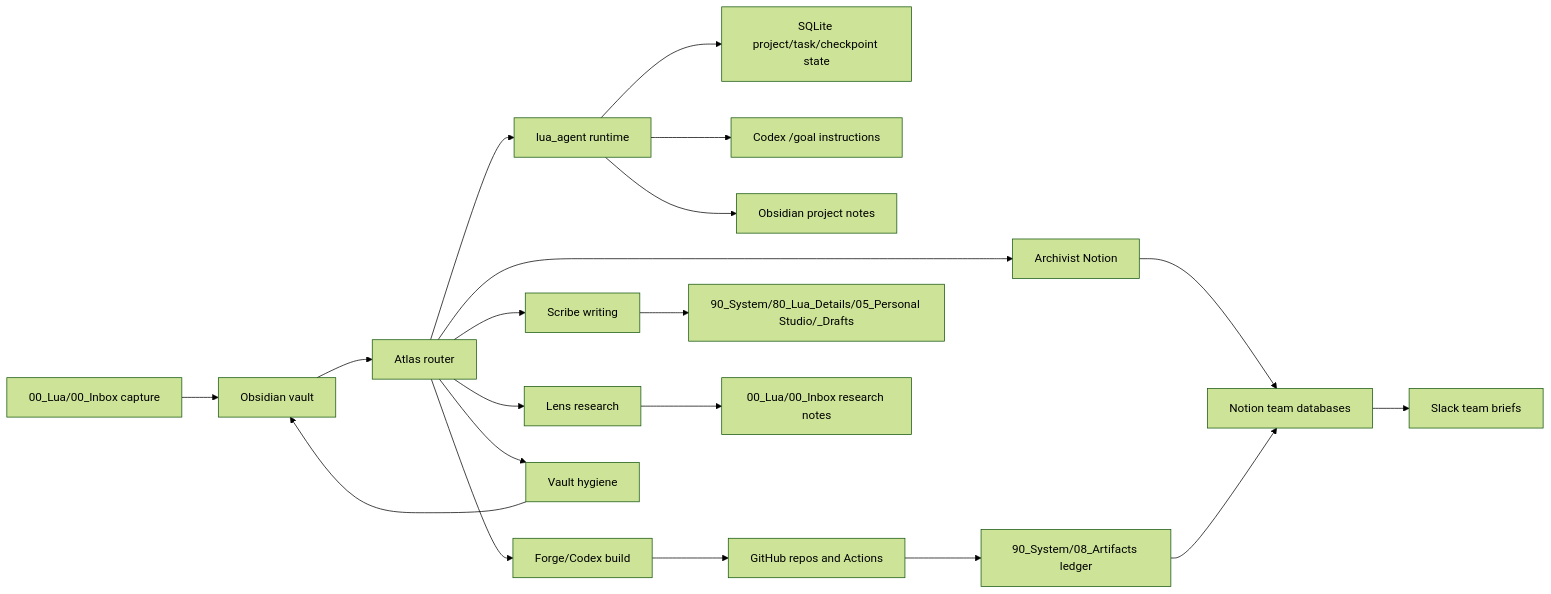
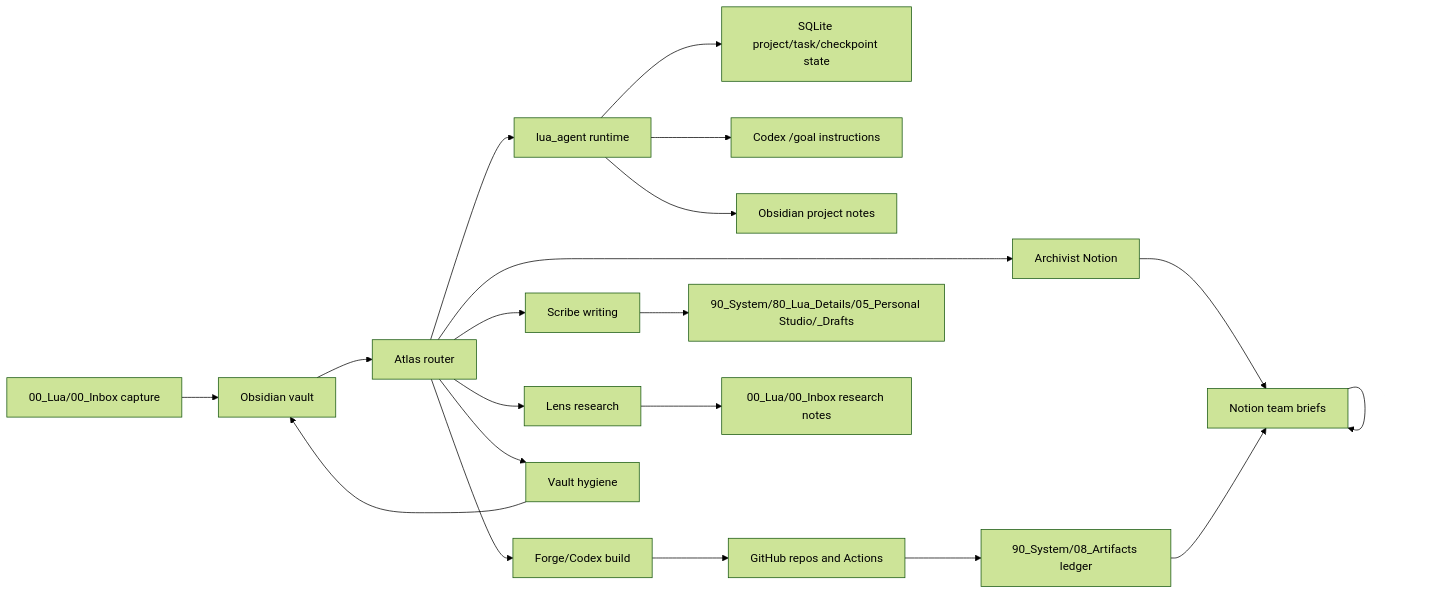
The diagram in Lua-v4-operating-architecture.md (sooin123456/Lua), drawn with Mermaid (forest theme) before and after one commit. The commit also changed other lines of this file and 58 other files, not shown here.

````diff
--- a/Lua-v4-operating-architecture.md
+++ b/Lua-v4-operating-architecture.md
@@ -25,22 +25,22 @@
 ```mermaid
 flowchart LR
   Inbox["00_Lua/00_Inbox capture"] --> Vault["Obsidian vault"]
   Vault --> Atlas["Atlas router"]
   Atlas --> Runtime["lua_agent runtime"]
   Atlas --> Lens["Lens research"]
   Atlas --> Scribe["Scribe writing"]
   Atlas --> Forge["Forge/Codex build"]
   Atlas --> VaultAgent["Vault hygiene"]
   Atlas --> Archivist["Archivist Notion"]
   Runtime --> State["SQLite project/task/checkpoint state"]
   Runtime --> Goals["Codex /goal instructions"]
   Runtime --> Notes["Obsidian project notes"]
   Forge --> GitHub["GitHub repos and Actions"]
   Scribe --> Drafts["90_System/80_Lua_Details/05_Personal Studio/_Drafts"]
   Lens --> Research["00_Lua/00_Inbox research notes"]
   VaultAgent --> Vault
   Archivist --> Notion["Notion team databases"]
-  Notion --> Slack["Slack team briefs"]
+  Notion --> Notion["Notion team briefs"]
   GitHub --> Artifacts["90_System/08_Artifacts ledger"]
   Artifacts --> Notion
 ```
````
